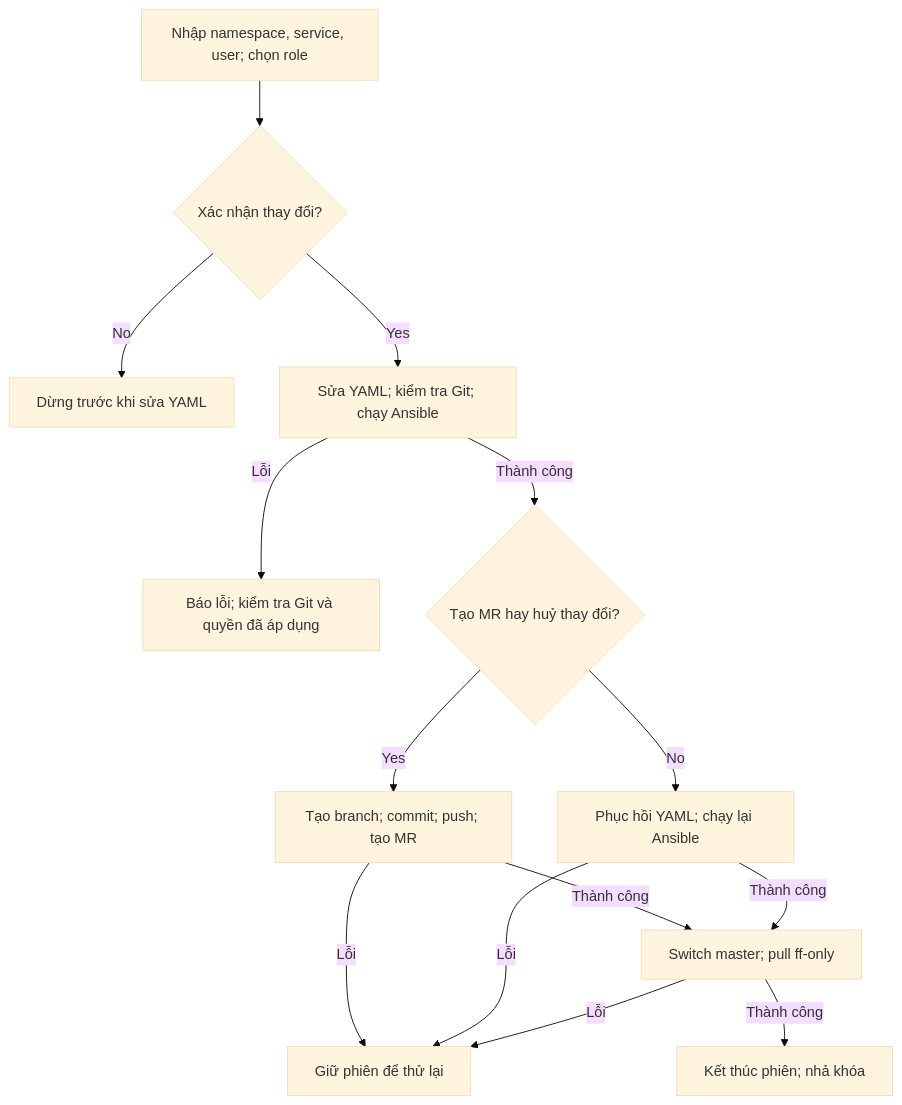
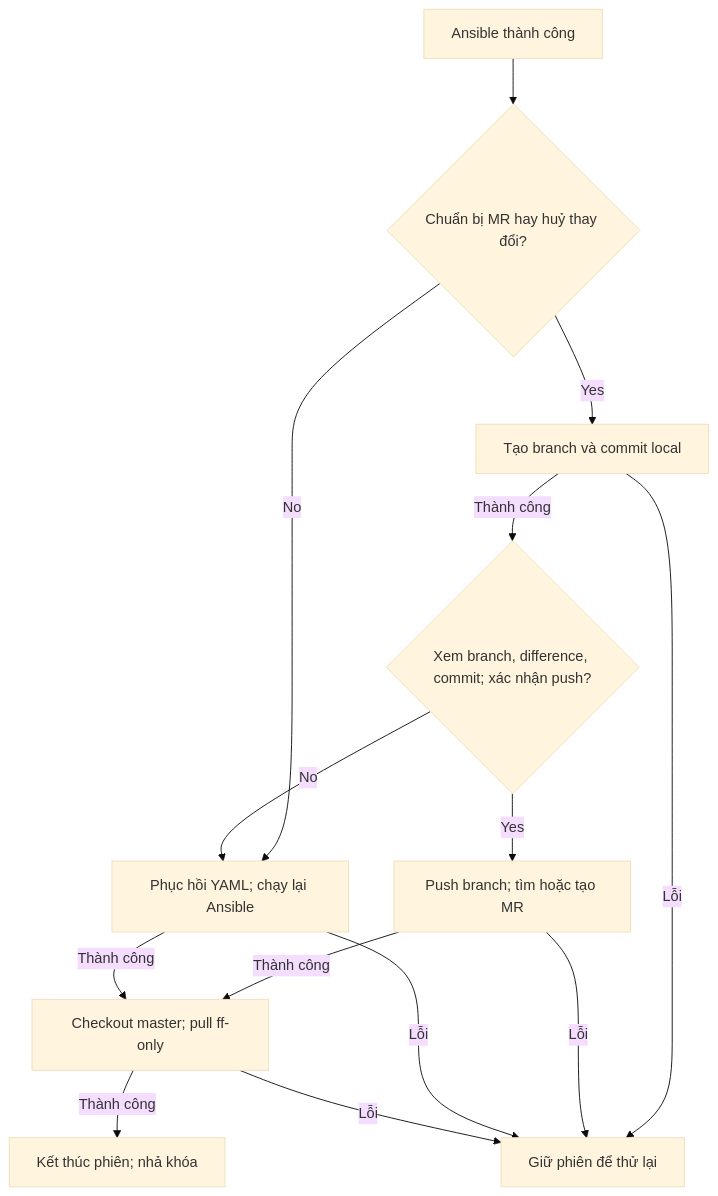
The diagram in GITLAB-REPO-ROLE-FLOW.md (tuanphi/infra-bot), drawn with Mermaid (base theme) before and after one commit. The commit also changed other lines of this file and 4 other files, not shown here.

Commit message:
change: apply GitLab REST API to check role of user

````diff
--- a/GITLAB-REPO-ROLE-FLOW.md
+++ b/GITLAB-REPO-ROLE-FLOW.md
@@ -11,16 +14,16 @@
 ```mermaid
 flowchart TD
-    A["Nhập namespace, service, user; chọn role"] --> B{"Xác nhận thay đổi?"}
-    B -->|No| C["Dừng trước khi sửa YAML"]
-    B -->|Yes| D["Sửa YAML; kiểm tra Git; chạy Ansible"]
-    D -->|Lỗi| E["Báo lỗi; kiểm tra Git và quyền đã áp dụng"]
-    D -->|Thành công| F{"Tạo MR hay huỷ thay đổi?"}
-    F -->|Yes| G["Tạo branch; commit; push; tạo MR"]
-    F -->|No| H["Phục hồi YAML; chạy lại Ansible"]
-    G -->|Thành công| I["Switch master; pull ff-only"]
-    H -->|Thành công| I
-    G -->|Lỗi| K["Giữ phiên để thử lại"]
-    H -->|Lỗi| K
-    I -->|Lỗi| K
-    I -->|Thành công| J["Kết thúc phiên; nhả khóa"]
+    A["Ansible thành công"] --> B{"Chuẩn bị MR hay huỷ thay đổi?"}
+    B -->|Yes| D["Tạo branch và commit local"]
+    D -->|Thành công| E{"Xem branch, difference, commit; xác nhận push?"}
+    B -->|No| C["Phục hồi YAML; chạy lại Ansible"]
+    E -->|No| C
+    E -->|Yes| F["Push branch; tìm hoặc tạo MR"]
+    F -->|Thành công| G["Checkout master; pull ff-only"]
+    C -->|Thành công| G
+    G -->|Thành công| H["Kết thúc phiên; nhả khóa"]
+    D -->|Lỗi| I["Giữ phiên để thử lại"]
+    F -->|Lỗi| I
+    C -->|Lỗi| I
+    G -->|Lỗi| I
 ```
````
